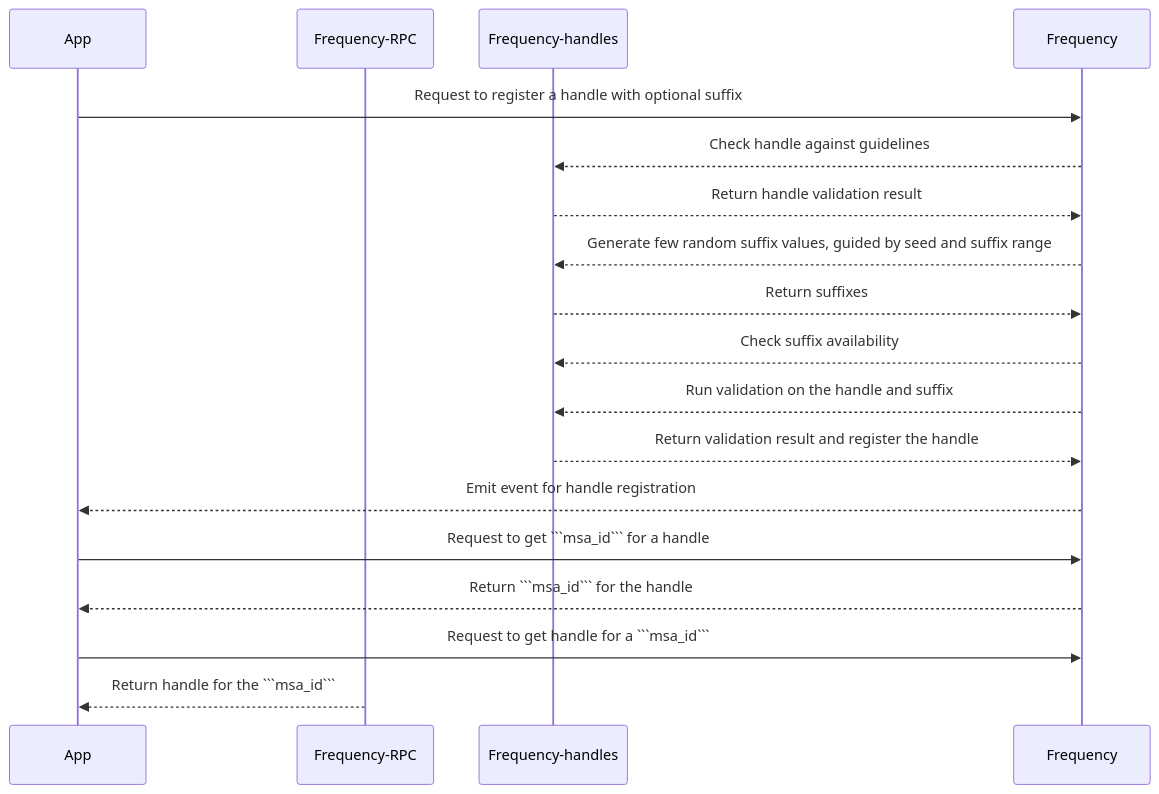
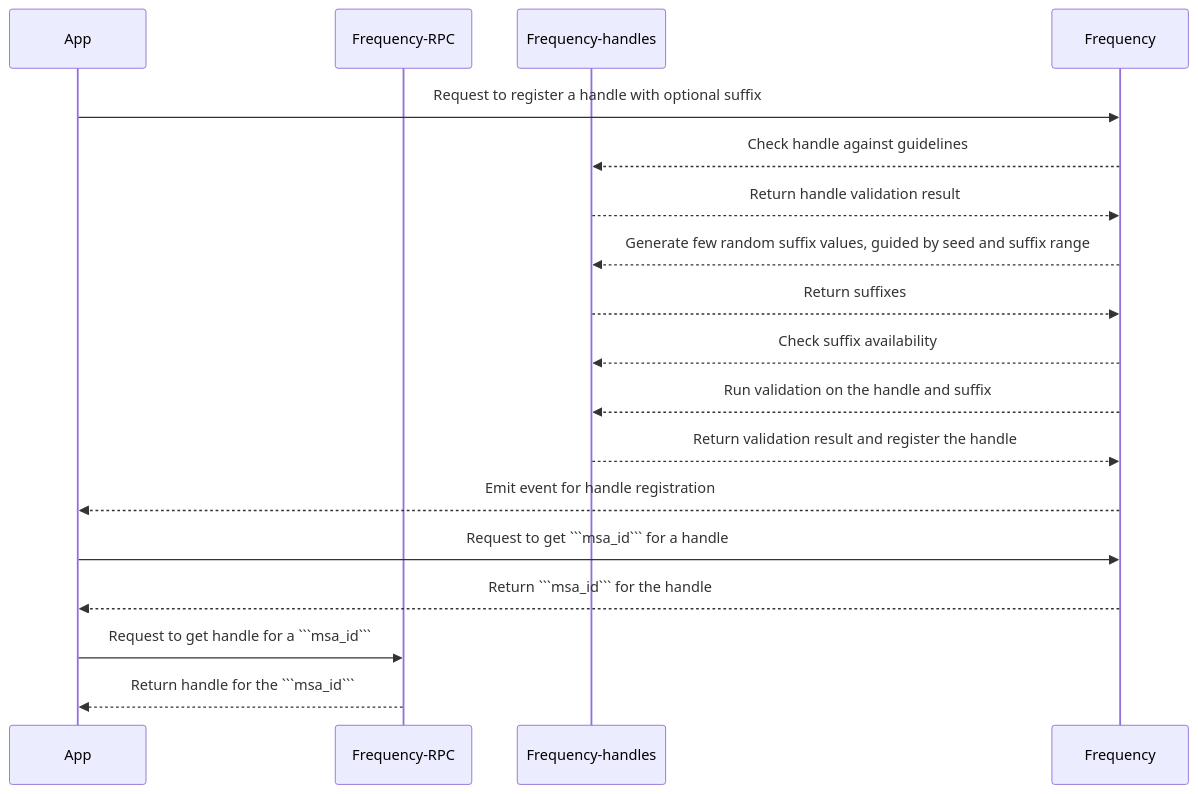
One commit to frequency-chain/frequency changed the second of 2 diagrams in designdocs/user-handles.md. Above: the diagram before and after it, drawn with Mermaid.

Commit message:
crate seq diag

````diff
--- a/designdocs/user-handles.md
+++ b/designdocs/user-handles.md
@@ -294,20 +294,20 @@
 ```mermaid
 sequenceDiagram
     participant App
     participant Frequency-RPC
     participant Frequency-handles
     participant Frequency
     App->>Frequency: Request to register a handle with optional suffix
     Frequency-->>Frequency-handles: Check handle against guidelines
     Frequency-handles-->>Frequency: Return handle validation result
     Frequency-->>Frequency-handles: Generate few random suffix values, guided by seed and suffix range
     Frequency-handles-->>Frequency: Return suffixes
     Frequency-->>Frequency-handles: Check suffix availability
     Frequency-->>Frequency-handles: Run validation on the handle and suffix
     Frequency-handles-->>Frequency: Return validation result and register the handle
     Frequency-->>App: Emit event for handle registration
     App->>Frequency: Request to get ```msa_id``` for a handle
     Frequency -->> App: Return ```msa_id``` for the handle
-    App->>Frequency: Request to get handle for a ```msa_id```
+    App->>Frequency-RPC: Request to get handle for a ```msa_id```
     Frequency-RPC -->> App: Return handle for the ```msa_id```
 ```
````
